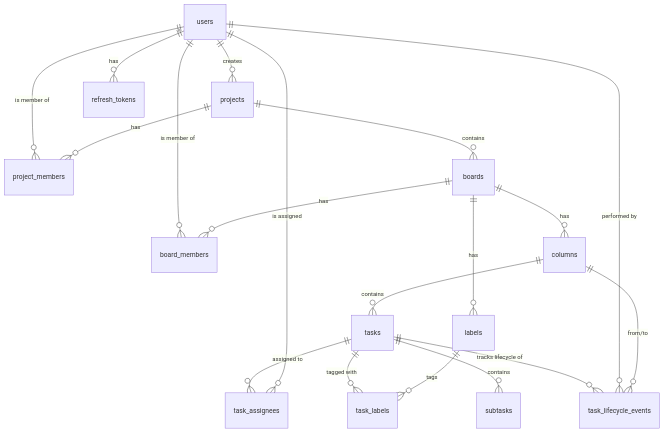
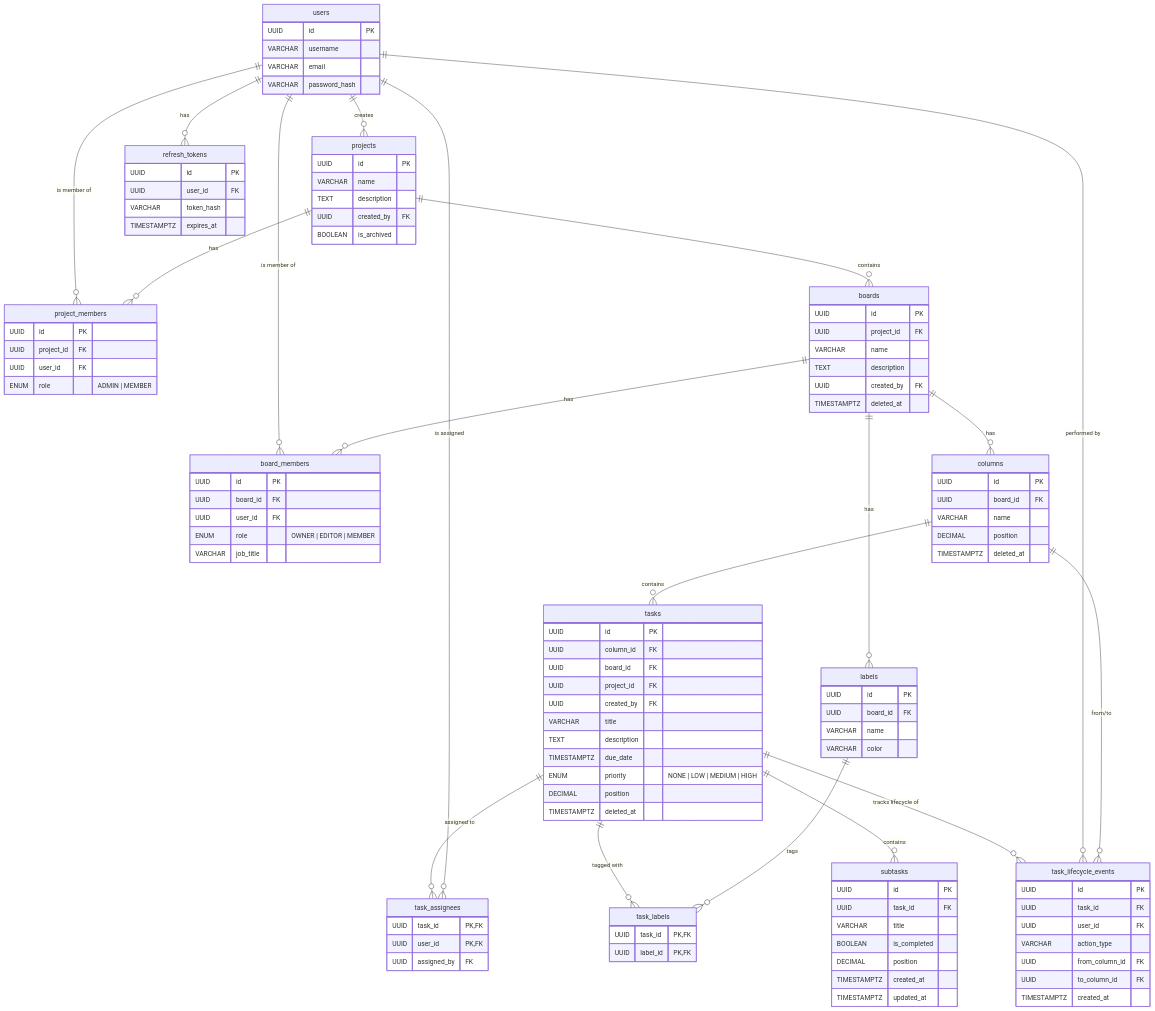
The first of 6 diagrams in README.md (Rifat-2020831030/mini-kanban-board), drawn with Mermaid before and after one commit. The commit also changed other lines of this file and 9 other files, not shown here.

Commit message:
fix: resolve navigation, member role updating, board member count, and lifecycle query errors

````diff
--- a/README.md
+++ b/README.md
@@ -133,4 +133,110 @@
     tasks ||--o{ task_lifecycle_events : "tracks lifecycle of"
     users ||--o{ task_lifecycle_events : "performed by"
     columns ||--o{ task_lifecycle_events : "from/to"
+
+    users {
+        UUID id PK
+        VARCHAR username
+        VARCHAR email
+        VARCHAR password_hash
+    }
+
+    refresh_tokens {
+        UUID id PK
+        UUID user_id FK
+        VARCHAR token_hash
+        TIMESTAMPTZ expires_at
+    }
+
+    projects {
+        UUID id PK
+        VARCHAR name
+        TEXT description
+        UUID created_by FK
+        BOOLEAN is_archived
+    }
+
+    project_members {
+        UUID id PK
+        UUID project_id FK
+        UUID user_id FK
+        ENUM role "ADMIN | MEMBER"
+    }
+
+    boards {
+        UUID id PK
+        UUID project_id FK
+        VARCHAR name
+        TEXT description
+        UUID created_by FK
+        TIMESTAMPTZ deleted_at
+    }
+
+    board_members {
+        UUID id PK
+        UUID board_id FK
+        UUID user_id FK
+        ENUM role "OWNER | EDITOR | MEMBER"
+        VARCHAR job_title
+    }
+
+    columns {
+        UUID id PK
+        UUID board_id FK
+        VARCHAR name
+        DECIMAL position
+        TIMESTAMPTZ deleted_at
+    }
+
+    labels {
+        UUID id PK
+        UUID board_id FK
+        VARCHAR name
+        VARCHAR color
+    }
+
+    tasks {
+        UUID id PK
+        UUID column_id FK
+        UUID board_id FK
+        UUID project_id FK
+        UUID created_by FK
+        VARCHAR title
+        TEXT description
+        TIMESTAMPTZ due_date
+        ENUM priority "NONE | LOW | MEDIUM | HIGH"
+        DECIMAL position
+        TIMESTAMPTZ deleted_at
+    }
+
+    task_assignees {
+        UUID task_id PK,FK
+        UUID user_id PK,FK
+        UUID assigned_by FK
+    }
+
+    task_labels {
+        UUID task_id PK,FK
+        UUID label_id PK,FK
+    }
+
+    subtasks {
+        UUID id PK
+        UUID task_id FK
+        VARCHAR title
+        BOOLEAN is_completed
+        DECIMAL position
+        TIMESTAMPTZ created_at
+        TIMESTAMPTZ updated_at
+    }
+
+    task_lifecycle_events {
+        UUID id PK
+        UUID task_id FK
+        UUID user_id FK
+        VARCHAR action_type
+        UUID from_column_id FK
+        UUID to_column_id FK
+        TIMESTAMPTZ created_at
+    }
 ```
````
